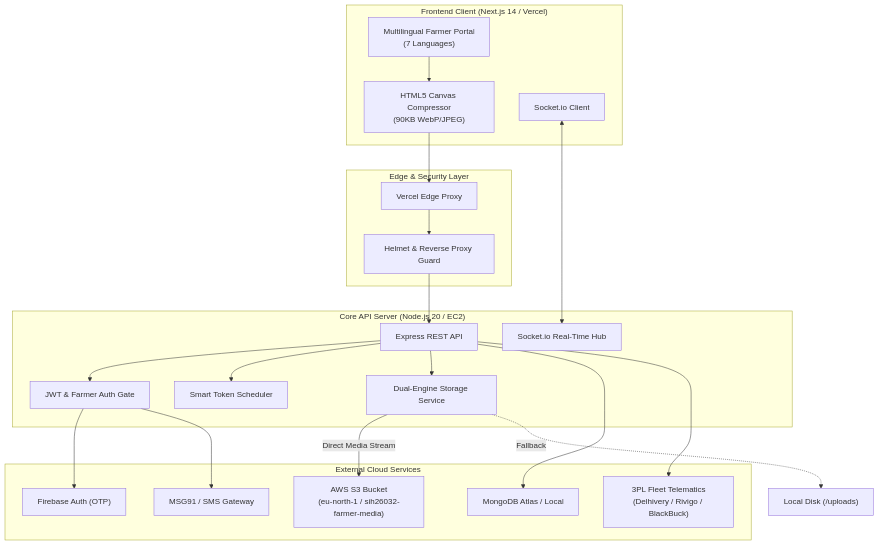
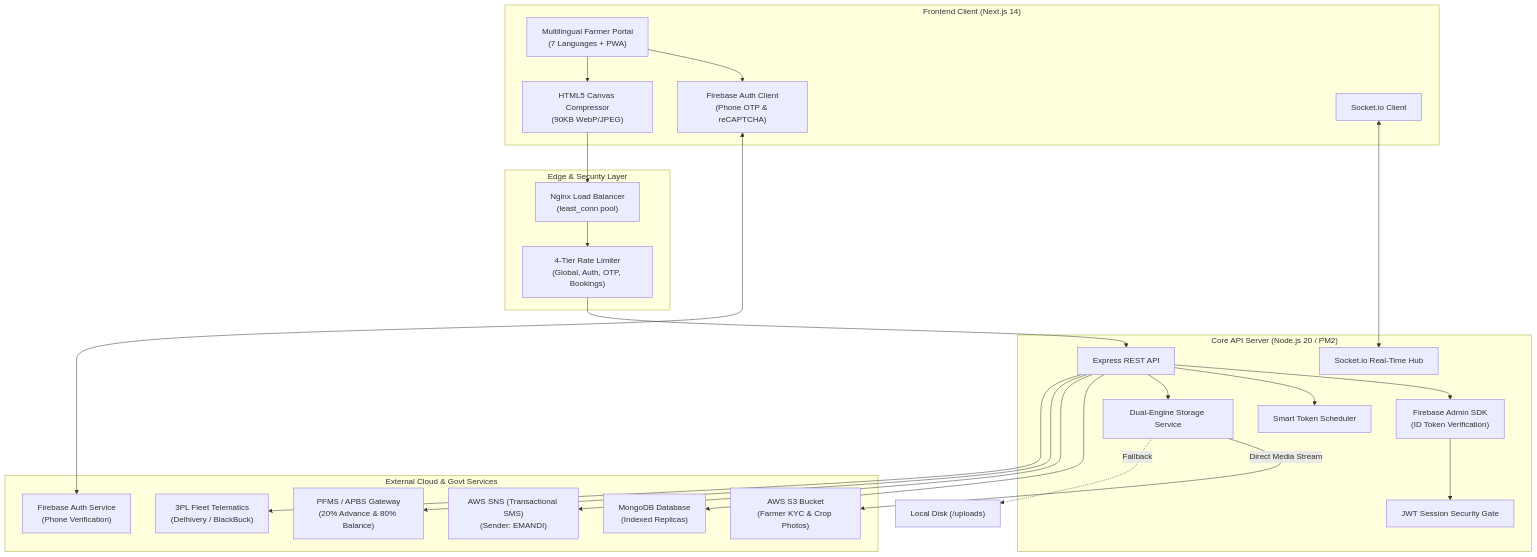
One commit to subhobhai943/SIH2026-PS26032 changed the diagram in README.md. Above: the diagram before and after it, drawn with Mermaid. The commit also changed 2 other files, not shown here.

Commit message:
🔥 Include Firebase Phone OTP Authentication in architecture diagram and README
- Regenerated enterprise architecture diagram with Firebase Phone Auth & reCAPTCHA in Client Layer, Firebase Admin SDK in Application Layer, and Firebase Auth Phone OTP in Cloud Services Layer
- Updated architecture.png and architecture.jpg at repo root
- Updated README.md Mermaid flowchart to clearly illustrate Firebase Client <-> Service <-> Admin SDK verification flow

````diff
--- a/README.md
+++ b/README.md
@@ -51,43 +51,49 @@
 ```mermaid
 flowchart TD
-    subgraph Client["Frontend Client (Next.js 14 / Vercel)"]
-        UI["Multilingual Farmer Portal\n(7 Languages)"]
+    subgraph Client["Frontend Client (Next.js 14)"]
+        UI["Multilingual Farmer Portal\n(7 Languages + PWA)"]
+        FirebaseAuthClient["Firebase Auth Client\n(Phone OTP & reCAPTCHA)"]
         Compressor["HTML5 Canvas Compressor\n(90KB WebP/JPEG)"]
         SocketClient["Socket.io Client"]
     end
 
     subgraph CDN["Edge & Security Layer"]
-        VercelEdge["Vercel Edge Proxy"]
-        HelmetCORS["Helmet & Reverse Proxy Guard"]
+        NginxProxy["Nginx Load Balancer\n(least_conn pool)"]
+        RateLimit["4-Tier Rate Limiter\n(Global, Auth, OTP, Bookings)"]
     end
 
-    subgraph Backend["Core API Server (Node.js 20 / EC2)"]
+    subgraph Backend["Core API Server (Node.js 20 / PM2)"]
         API["Express REST API"]
-        AuthService["JWT & Farmer Auth Gate"]
+        FirebaseAuthServer["Firebase Admin SDK\n(ID Token Verification)"]
+        AuthService["JWT Session Security Gate"]
         UploadService["Dual-Engine Storage Service"]
         QueueEngine["Smart Token Scheduler"]
         SocketServer["Socket.io Real-Time Hub"]
     end
 
-    subgraph Cloud["External Cloud Services"]
-        S3["AWS S3 Bucket\n(eu-north-1 / sih26032-farmer-media)"]
-        Mongo["MongoDB Atlas / Local"]
-        Firebase["Firebase Auth (OTP)"]
-        SMS["MSG91 / SMS Gateway"]
-        Logistics["3PL Fleet Telematics\n(Delhivery / Rivigo / BlackBuck)"]
+    subgraph Cloud["External Cloud & Govt Services"]
+        FirebaseAuthService["Firebase Auth Service\n(Phone Verification)"]
+        AWSSNS["AWS SNS (Transactional SMS)\n(Sender: EMANDI)"]
+        S3["AWS S3 Bucket\n(Farmer KYC & Crop Photos)"]
+        PFMS["PFMS / APBS Gateway\n(20% Advance & 80% Balance)"]
+        Mongo["MongoDB Database\n(Indexed Replicas)"]
+        Logistics["3PL Fleet Telematics\n(Delhivery / BlackBuck)"]
     end
 
+    UI --> FirebaseAuthClient
+    FirebaseAuthClient <--> FirebaseAuthService
     UI --> Compressor
-    Compressor --> VercelEdge
+    Compressor --> NginxProxy
     SocketClient <--> SocketServer
-    VercelEdge --> HelmetCORS --> API
-    API --> AuthService
+    NginxProxy --> RateLimit --> API
+    API --> FirebaseAuthServer
+    FirebaseAuthServer --> AuthService
     API --> QueueEngine
     API --> UploadService
     UploadService -->|Direct Media Stream| S3
     UploadService -.->|Fallback| LocalDisk["Local Disk (/uploads)"]
     API --> Mongo
-    AuthService --> Firebase
-    AuthService --> SMS
+    API --> AWSSNS
+    API --> PFMS
     API --> Logistics
 ```
````
